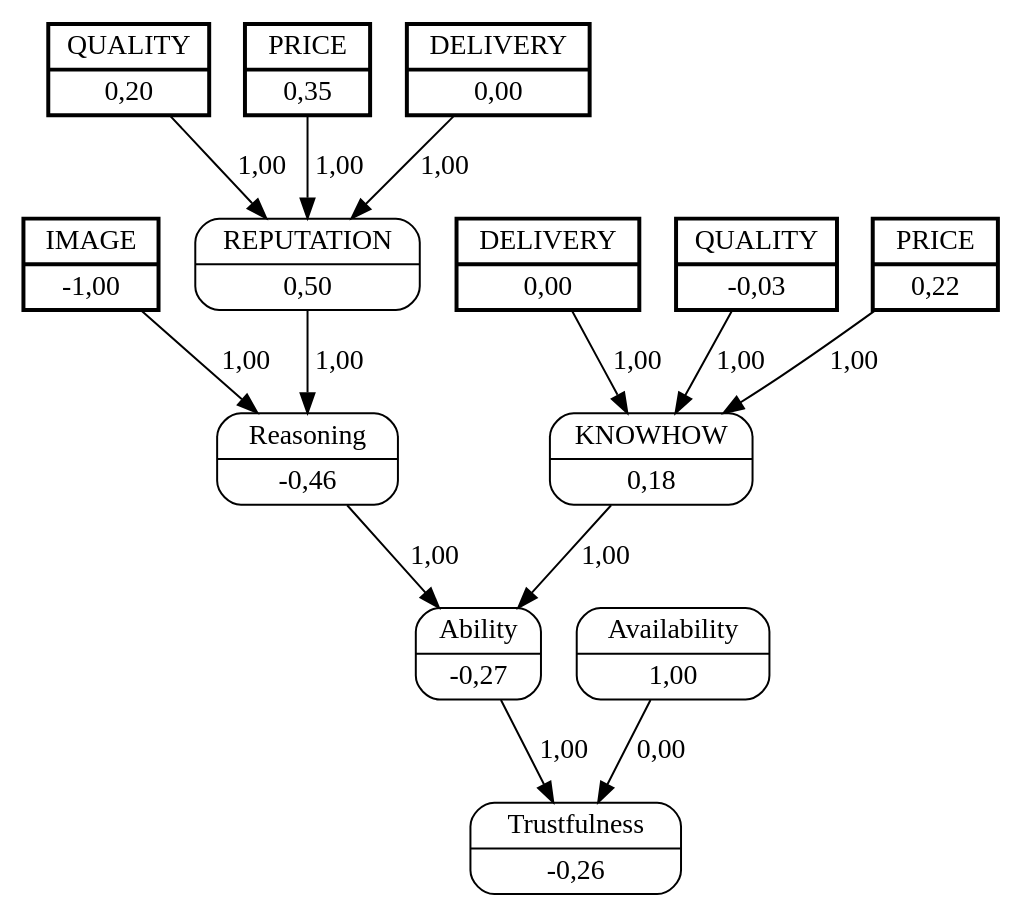
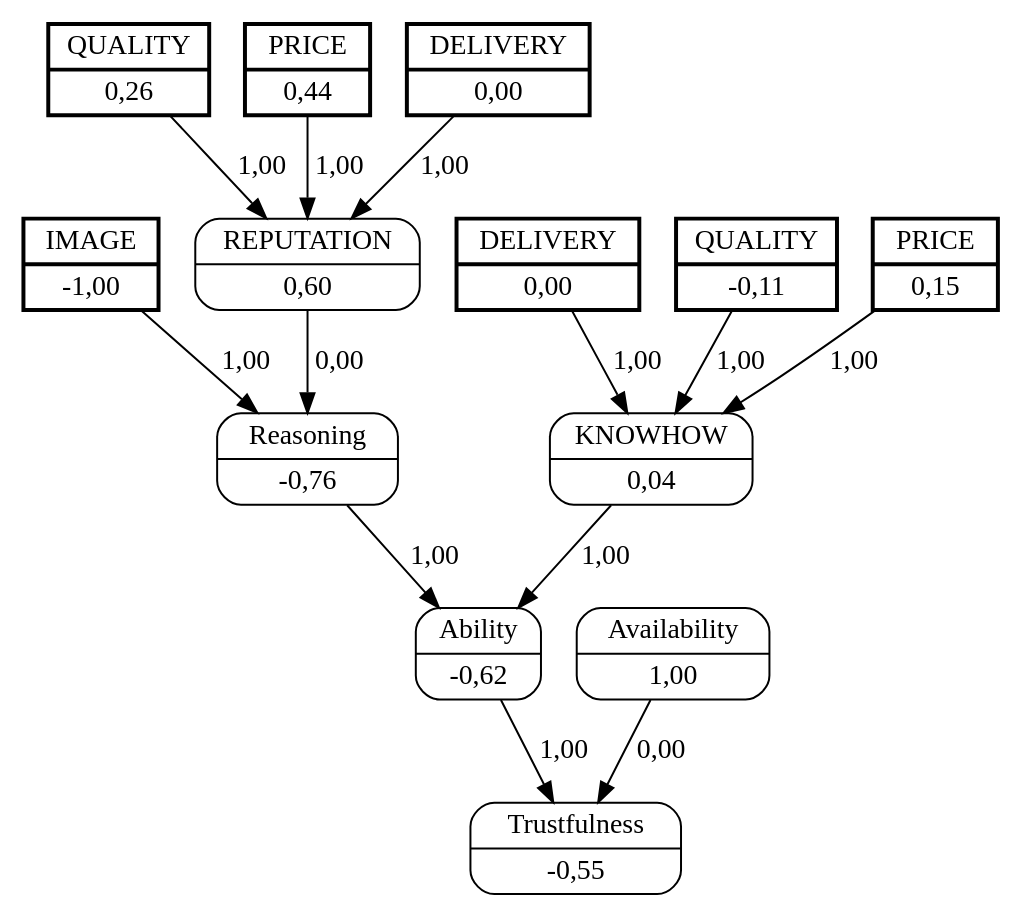
The diagram in unload_boxes/dots/buyerC3sellerB7.dot (jjbaqueta/unload_experiment), drawn with Graphviz before and after one commit. The commit also changed 156 other files, not shown here.

```diff
--- a/unload_boxes/dots/buyerC3sellerB7.dot
+++ b/unload_boxes/dots/buyerC3sellerB7.dot
@@ -1,31 +1,31 @@
 digraph FCM_net{
 	node [shape=record, style=rounded]
 	0 [label="{IMAGE | -1,00}", style=bold, penwidth=2, peripheries=2];
-	7 [label="{QUALITY | 0,20}", style=bold, penwidth=2, peripheries=2];
-	8 [label="{PRICE | 0,35}", style=bold, penwidth=2, peripheries=2];
+	7 [label="{QUALITY | 0,26}", style=bold, penwidth=2, peripheries=2];
+	8 [label="{PRICE | 0,44}", style=bold, penwidth=2, peripheries=2];
 	9 [label="{DELIVERY | 0,00}", style=bold, penwidth=2, peripheries=2];
-	10 [label="{QUALITY | -0,03}", style=bold, penwidth=2, peripheries=2];
-	11 [label="{PRICE | 0,22}", style=bold, penwidth=2, peripheries=2];
+	10 [label="{QUALITY | -0,11}", style=bold, penwidth=2, peripheries=2];
+	11 [label="{PRICE | 0,15}", style=bold, penwidth=2, peripheries=2];
 	12 [label="{DELIVERY | 0,00}", style=bold, penwidth=2, peripheries=2];
 	0 [label="{IMAGE | -1,00}"];
-	1 [label="{REPUTATION | 0,50}"];
-	2 [label="{KNOWHOW | 0,18}"];
-	3 [label="{Reasoning | -0,46}"];
-	4 [label="{Ability | -0,27}"];
+	1 [label="{REPUTATION | 0,60}"];
+	2 [label="{KNOWHOW | 0,04}"];
+	3 [label="{Reasoning | -0,76}"];
+	4 [label="{Ability | -0,62}"];
 	5 [label="{Availability | 1,00}"];
-	6 [label="{Trustfulness | -0,26}"];
-	8 [label="{PRICE | 0,35}"];
-	10 [label="{QUALITY | -0,03}"];
+	6 [label="{Trustfulness | -0,55}"];
+	8 [label="{PRICE | 0,44}"];
+	10 [label="{QUALITY | -0,11}"];
 	0 -> 3 [label = "1,00"];
-	1 -> 3 [label = "1,00"];
+	1 -> 3 [label = "0,00"];
 	3 -> 4 [label = "1,00"];
 	2 -> 4 [label = "1,00"];
 	4 -> 6 [label = "1,00"];
 	5 -> 6 [label = "0,00"];
 	7 -> 1 [label = "1,00"];
 	8 -> 1 [label = "1,00"];
 	9 -> 1 [label = "1,00"];
 	10 -> 2 [label = "1,00"];
 	11 -> 2 [label = "1,00"];
 	12 -> 2 [label = "1,00"];
 }
```
